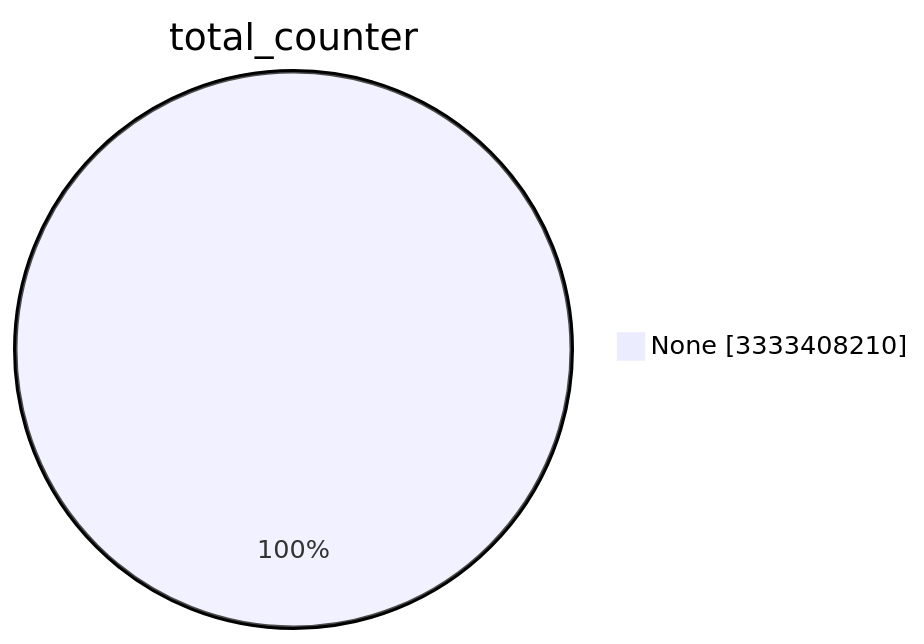
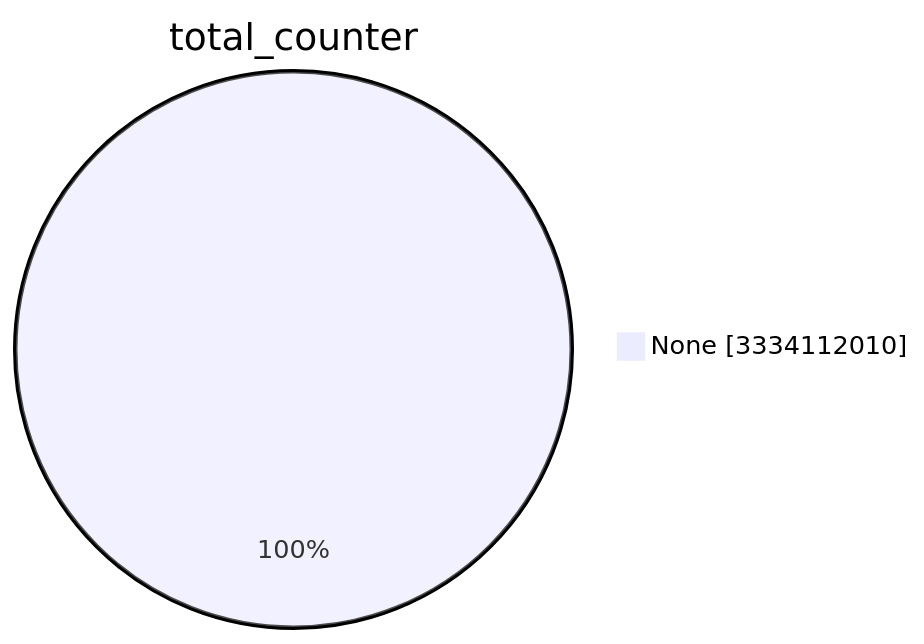
Before and after one commit to christiankrug/ctmonitor_visualization: the first of 15 diagrams in TOTAL/README.md, drawn with Mermaid. The commit also changed other lines of this file, not shown here.

````diff
--- a/TOTAL/README.md
+++ b/TOTAL/README.md
@@ -1,5 +1,5 @@
 ```mermaid
 pie showData
 title total_counter
-"None" :3333408210
+"None" :3334112010
 ```
````
